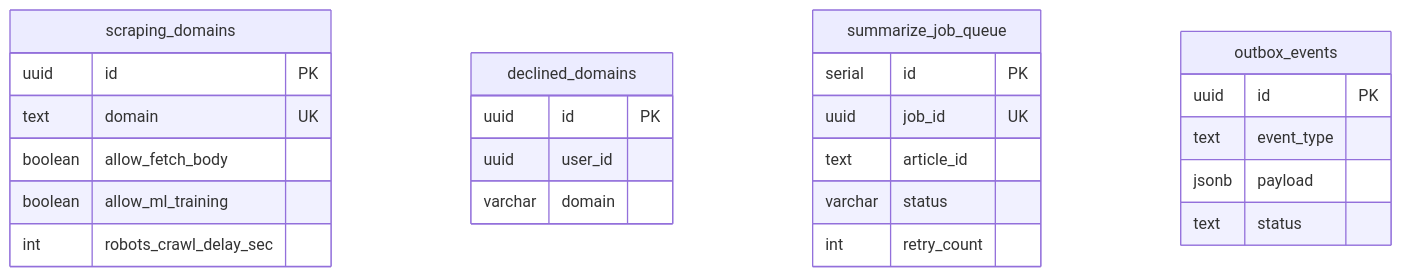
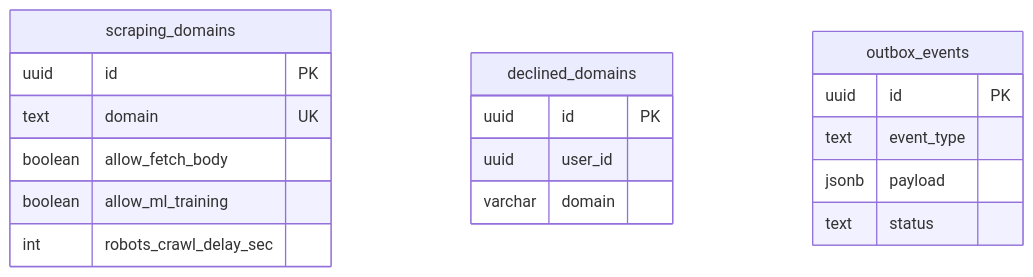
The second of 2 diagrams in docs/services/alt-db.md (Kaikei-e/Alt), drawn with Mermaid before and after one commit. The commit also changed other lines of this file and 205 other files, not shown here.

````diff
--- a/docs/services/alt-db.md
+++ b/docs/services/alt-db.md
@@ -121,31 +123,23 @@
 ```mermaid
 erDiagram
     scraping_domains {
         uuid id PK
         text domain UK
         boolean allow_fetch_body
         boolean allow_ml_training
         int robots_crawl_delay_sec
     }
 
     declined_domains {
         uuid id PK
         uuid user_id
         varchar domain
     }
 
-    summarize_job_queue {
-        serial id PK
-        uuid job_id UK
-        text article_id
-        varchar status
-        int retry_count
-    }
-
     outbox_events {
         uuid id PK
         text event_type
         jsonb payload
         text status
     }
 ```
````
